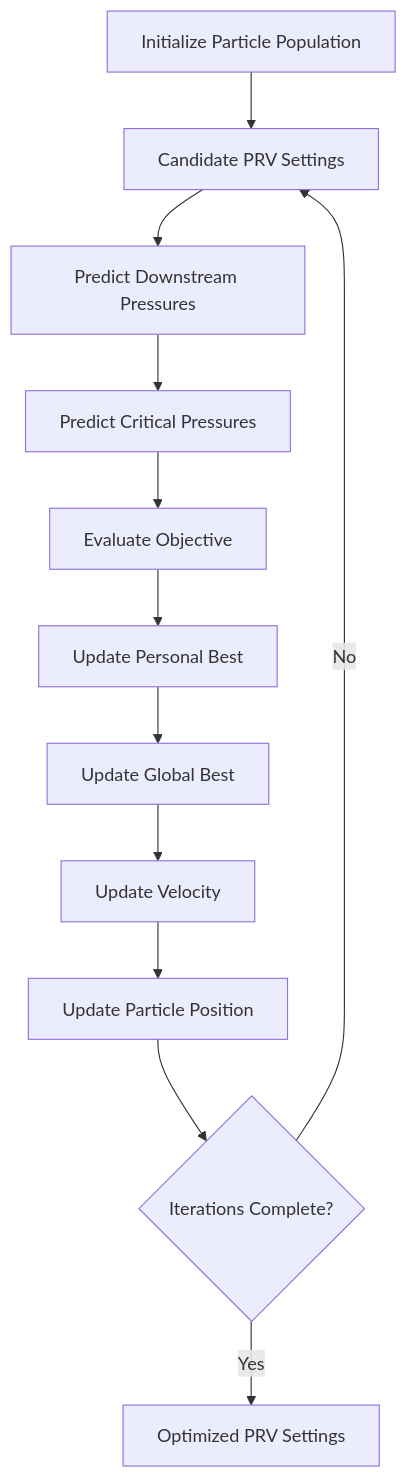
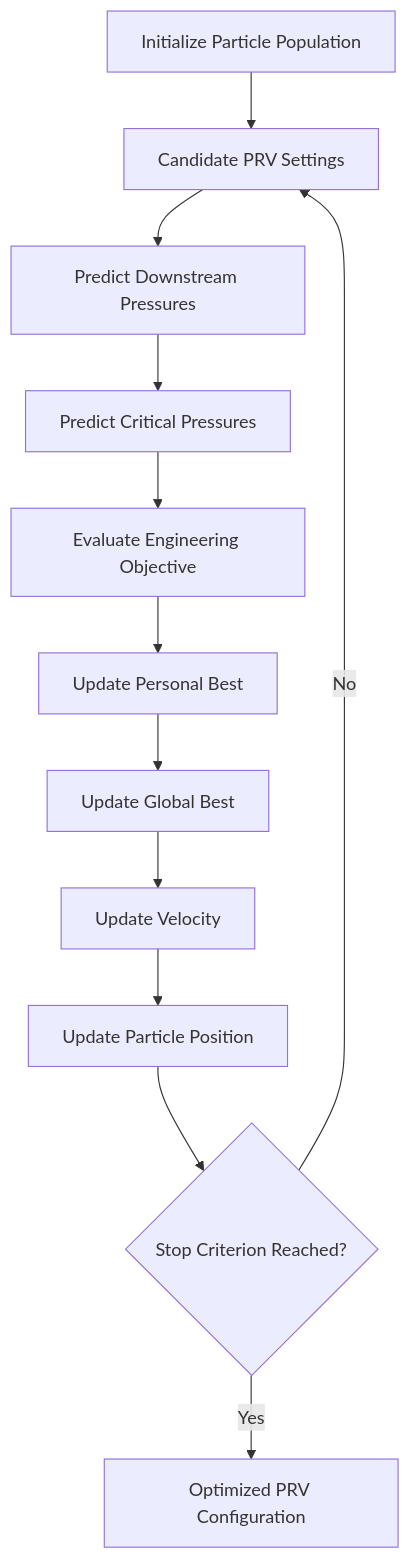
Before and after one commit to mahmmooudian/water-network-ai-analyzer: the eighth of 9 diagrams in README.md, drawn with Mermaid. The commit also changed other lines of this file, not shown here.

````diff
--- a/README.md
+++ b/README.md
@@ -354,14 +367,18 @@
 ```mermaid
 flowchart TD
     A[Initialize Particle Population] --> B[Candidate PRV Settings]
+
     B --> C[Predict Downstream Pressures]
     C --> D[Predict Critical Pressures]
-    D --> E[Evaluate Objective]
+
+    D --> E[Evaluate Engineering Objective]
+
     E --> F[Update Personal Best]
     F --> G[Update Global Best]
     G --> H[Update Velocity]
     H --> I[Update Particle Position]
-    I --> J{Iterations Complete?}
+
+    I --> J{Stop Criterion Reached?}
     J -- No --> B
-    J -- Yes --> K[Optimized PRV Settings]
+    J -- Yes --> K[Optimized PRV Configuration]
 ```
````
